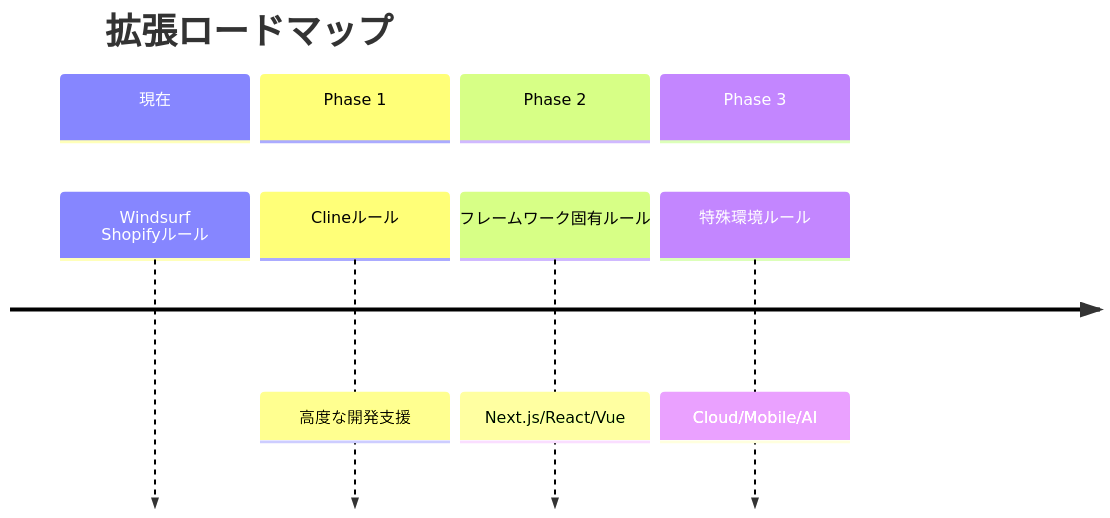
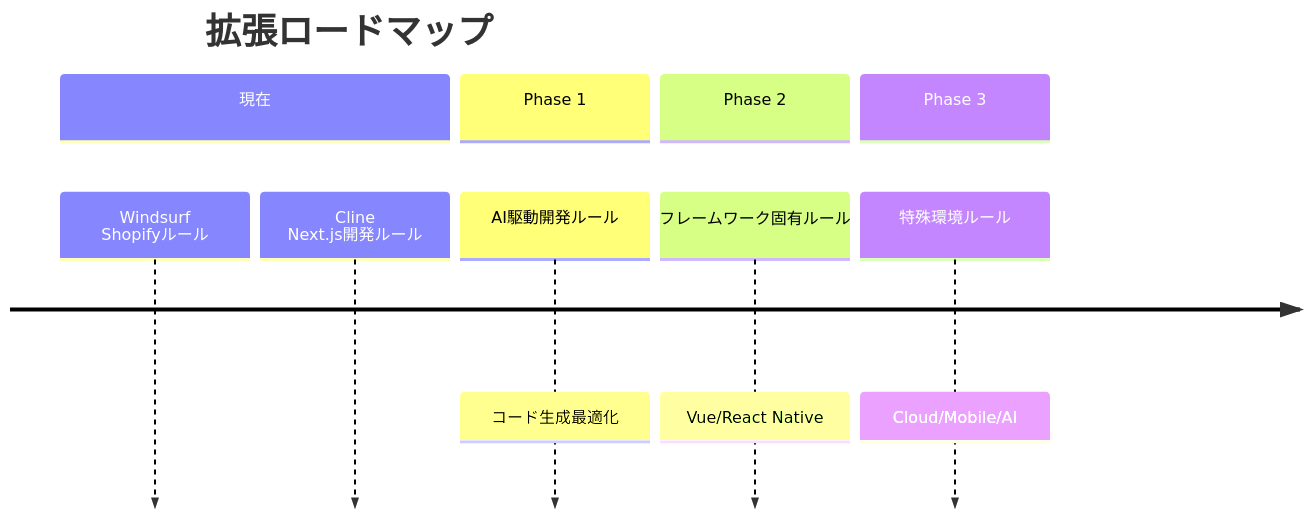
One commit to YunosukeYoshino/rules changed the fifth of 6 diagrams in README.md. Above: the diagram before and after it, drawn with Mermaid. The commit also changed other lines of this file, not shown here.

Commit message:
Update README with Cline Next.js development rules

````diff
--- a/README.md
+++ b/README.md
@@ -73,12 +106,13 @@
 ```mermaid
 timeline
     title 拡張ロードマップ
     section 現在
         Windsurf Shopifyルール
+        Cline Next.js開発ルール
     section Phase 1
-        Clineルール : 高度な開発支援
+        AI駆動開発ルール : コード生成最適化
     section Phase 2
-        フレームワーク固有ルール : Next.js/React/Vue
+        フレームワーク固有ルール : Vue/React Native
     section Phase 3
         特殊環境ルール : Cloud/Mobile/AI
 ```
````
